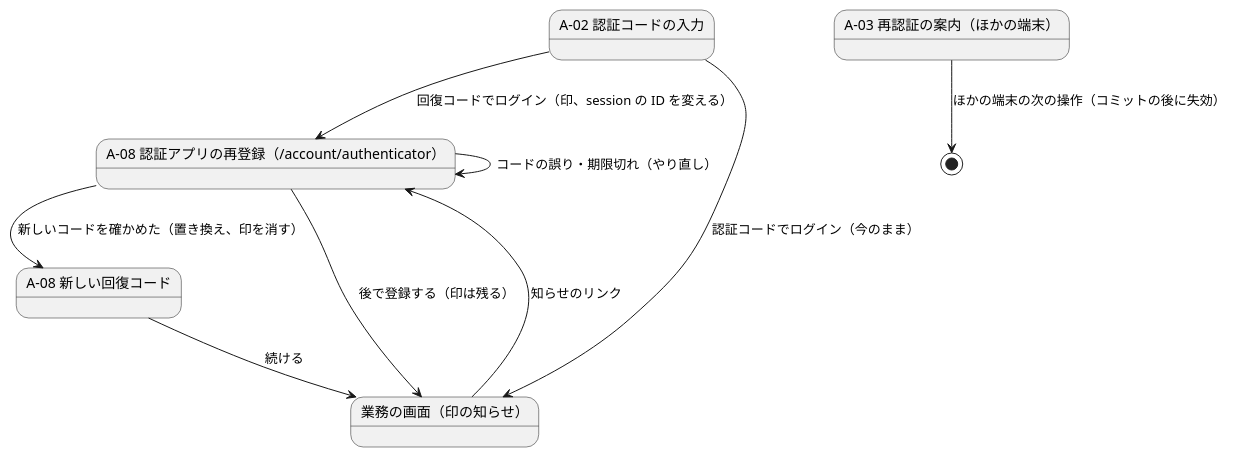
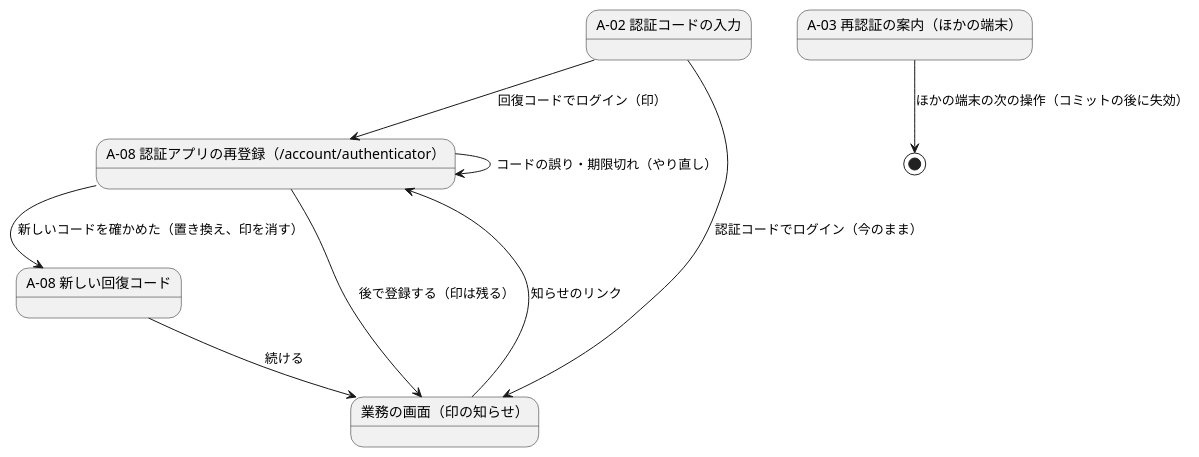
One commit to k2works/practical-domain-driven-design-in-enterpris-application changed the third of 3 diagrams in docs/development/cargo-tracker/bolt_33b_plan.md. Above: the diagram before and after it, drawn with PlantUML. The commit also changed other lines of this file and 4 other files, not shown here.

````diff
--- a/docs/development/cargo-tracker/bolt_33b_plan.md
+++ b/docs/development/cargo-tracker/bolt_33b_plan.md
@@ -112,17 +116,17 @@
 ```plantuml
 @startuml
 state "A-02 認証コードの入力" as a02
 state "A-08 認証アプリの再登録（/account/authenticator）" as a08
 state "A-08 新しい回復コード" as codes
 state "業務の画面（印の知らせ）" as home
 state "A-03 再認証の案内（ほかの端末）" as a03
-a02 --> a08 : 回復コードでログイン（印、session の ID を変える）
+a02 --> a08 : 回復コードでログイン（印）
 a02 --> home : 認証コードでログイン（今のまま）
 a08 --> a08 : コードの誤り・期限切れ（やり直し）
 a08 --> codes : 新しいコードを確かめた（置き換え、印を消す）
 a08 --> home : 後で登録する（印は残る）
 home --> a08 : 知らせのリンク
 codes --> home : 続ける
 a03 --> [*] : ほかの端末の次の操作（コミットの後に失効）
 @enduml
 ```
````
